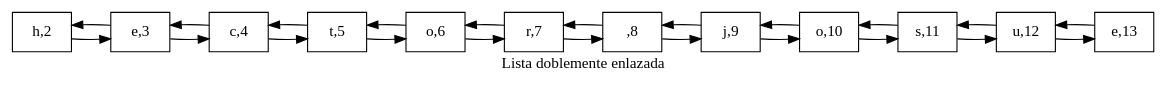
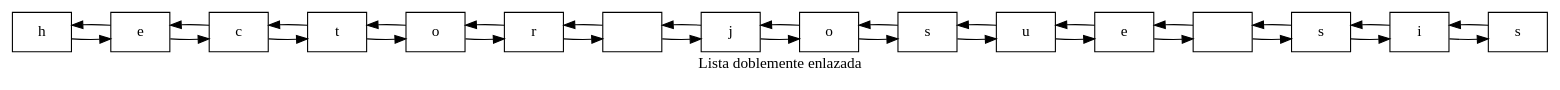
The diagram in ArchivosDot/ListaDobleEnlazada.dot (hr9457/EDD_1S2020_P1_201314296), drawn with Graphviz before and after one commit. The commit also changed 7 other files, not shown here.

```diff
--- a/ArchivosDot/ListaDobleEnlazada.dot
+++ b/ArchivosDot/ListaDobleEnlazada.dot
@@ -1,38 +1,50 @@
 digraph ListaDobleEnlazada {
 rankdir=LR;
-Nodo0[shape=box,label="h,2"];
-Nodo1[shape=box,label="e,3"];
-Nodo2[shape=box,label="c,4"];
-Nodo3[shape=box,label="t,5"];
-Nodo4[shape=box,label="o,6"];
-Nodo5[shape=box,label="r,7"];
-Nodo6[shape=box,label=" ,8"];
-Nodo7[shape=box,label="j,9"];
-Nodo8[shape=box,label="o,10"];
-Nodo9[shape=box,label="s,11"];
-Nodo10[shape=box,label="u,12"];
-Nodo11[shape=box,label="e,13"];
+Nodo0[shape=box,label="h"];
+Nodo1[shape=box,label="e"];
+Nodo2[shape=box,label="c"];
+Nodo3[shape=box,label="t"];
+Nodo4[shape=box,label="o"];
+Nodo5[shape=box,label="r"];
+Nodo6[shape=box,label=" "];
+Nodo7[shape=box,label="j"];
+Nodo8[shape=box,label="o"];
+Nodo9[shape=box,label="s"];
+Nodo10[shape=box,label="u"];
+Nodo11[shape=box,label="e"];
+Nodo12[shape=box,label=" "];
+Nodo13[shape=box,label="s"];
+Nodo14[shape=box,label="i"];
+Nodo15[shape=box,label="s"];
 Nodo0->Nodo1;
 Nodo1->Nodo0;
 Nodo1->Nodo2;
 Nodo2->Nodo1;
 Nodo2->Nodo3;
 Nodo3->Nodo2;
 Nodo3->Nodo4;
 Nodo4->Nodo3;
 Nodo4->Nodo5;
 Nodo5->Nodo4;
 Nodo5->Nodo6;
 Nodo6->Nodo5;
 Nodo6->Nodo7;
 Nodo7->Nodo6;
 Nodo7->Nodo8;
 Nodo8->Nodo7;
 Nodo8->Nodo9;
 Nodo9->Nodo8;
 Nodo9->Nodo10;
 Nodo10->Nodo9;
 Nodo10->Nodo11;
 Nodo11->Nodo10;
+Nodo11->Nodo12;
+Nodo12->Nodo11;
+Nodo12->Nodo13;
+Nodo13->Nodo12;
+Nodo13->Nodo14;
+Nodo14->Nodo13;
+Nodo14->Nodo15;
+Nodo15->Nodo14;
 label = " Lista doblemente enlazada" 
 }
```
